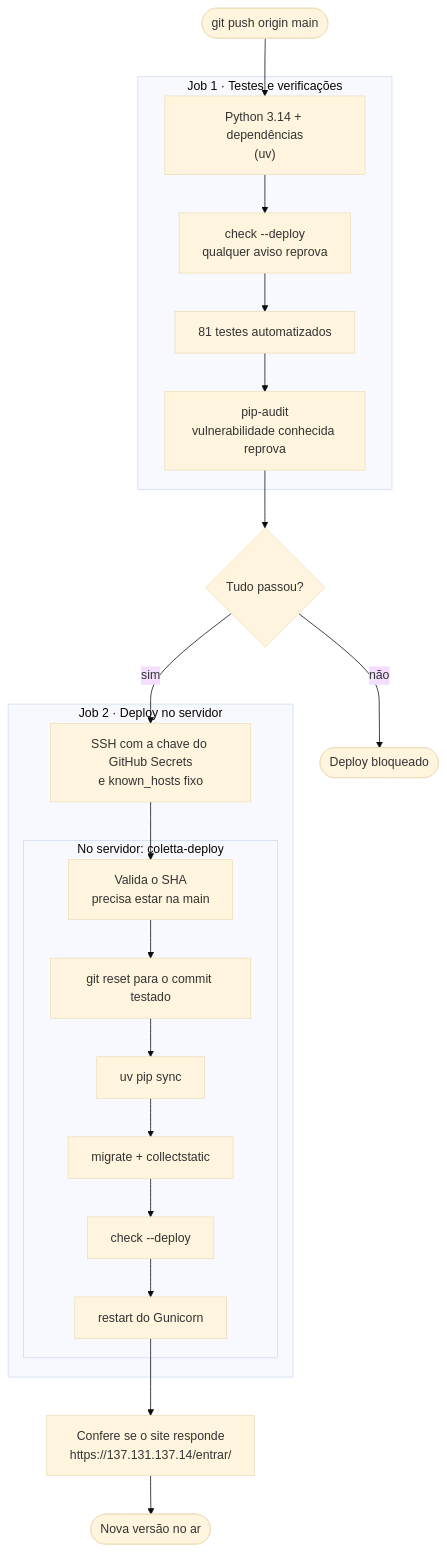
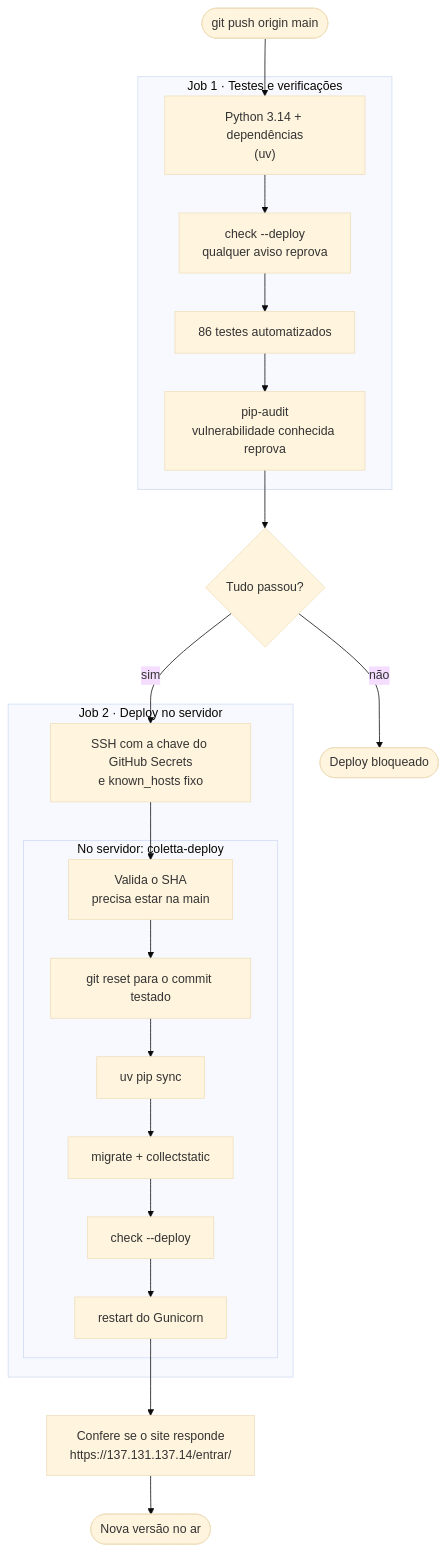
Before and after one commit to lauannyrb/coletta: the third of 3 diagrams in README.md, drawn with Mermaid (base theme). The commit also changed other lines of this file and 13 other files, not shown here.

````diff
--- a/README.md
+++ b/README.md
@@ -477,26 +480,26 @@
 ```mermaid
 flowchart TD
     A(["git push origin main"]) --> B
 
     subgraph CI["Job 1 · Testes e verificações"]
         B["Python 3.14 + dependências<br/>(uv)"] --> C["check --deploy<br/>qualquer aviso reprova"]
-        C --> T["81 testes automatizados"]
+        C --> T["86 testes automatizados"]
         T --> P["pip-audit<br/>vulnerabilidade conhecida reprova"]
     end
 
     P --> OK{"Tudo passou?"}
     OK -->|não| X(["Deploy bloqueado"])
     OK -->|sim| S
 
     subgraph CD["Job 2 · Deploy no servidor"]
         S["SSH com a chave do GitHub Secrets<br/>e known_hosts fixo"] --> R
         subgraph SRV["No servidor: coletta-deploy"]
             R["Valida o SHA<br/>precisa estar na main"] --> GR["git reset para o commit testado"]
             GR --> UV["uv pip sync"] --> M["migrate + collectstatic"]
             M --> CK["check --deploy"] --> RS["restart do Gunicorn"]
         end
     end
 
     RS --> V["Confere se o site responde<br/>https://137.131.137.14/entrar/"]
     V --> Z(["Nova versão no ar"])
 ```
````
